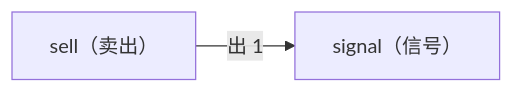
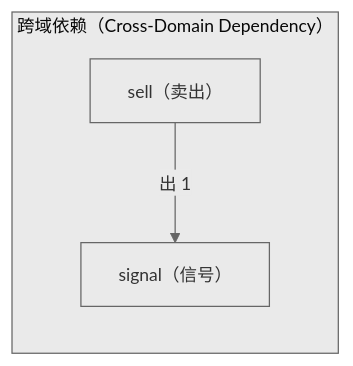
The second of 2 diagrams in docs/02_enterprise_architecture/06_decision_architecture/10_decision_l2a_sell.md (xuanFelixVan/ZephyrAlpha), drawn with Mermaid before and after one commit. The commit also changed other lines of this file and 23 other files, not shown here.

First line of the commit message:
fix(decision-diagram): mermaid 图加 subgraph 容器 + clusterBkg 主题变量

````diff
--- a/docs/02_enterprise_architecture/06_decision_architecture/10_decision_l2a_sell.md
+++ b/docs/02_enterprise_architecture/06_decision_architecture/10_decision_l2a_sell.md
@@ -157,6 +158,9 @@
 ```mermaid
+%%{init: {'theme': 'base', 'themeVariables': {'primaryColor': '#eaeaea', 'primaryTextColor': '#333333', 'primaryBorderColor': '#666666', 'lineColor': '#666666', 'clusterBkg': '#eaeaea', 'clusterBorder': '#666666', 'fontSize': '14px'}}}%%
 flowchart LR
-    SELF["sell（卖出）"]
-    EXT_signal["signal（信号）"]
-    SELF -->|出 1| EXT_signal
+    subgraph cd_sg["跨域依赖（Cross-Domain Dependency）"]
+        SELF["sell（卖出）"]
+        EXT_signal["signal（信号）"]
+        SELF -->|出 1| EXT_signal
+    end
 ```
````
